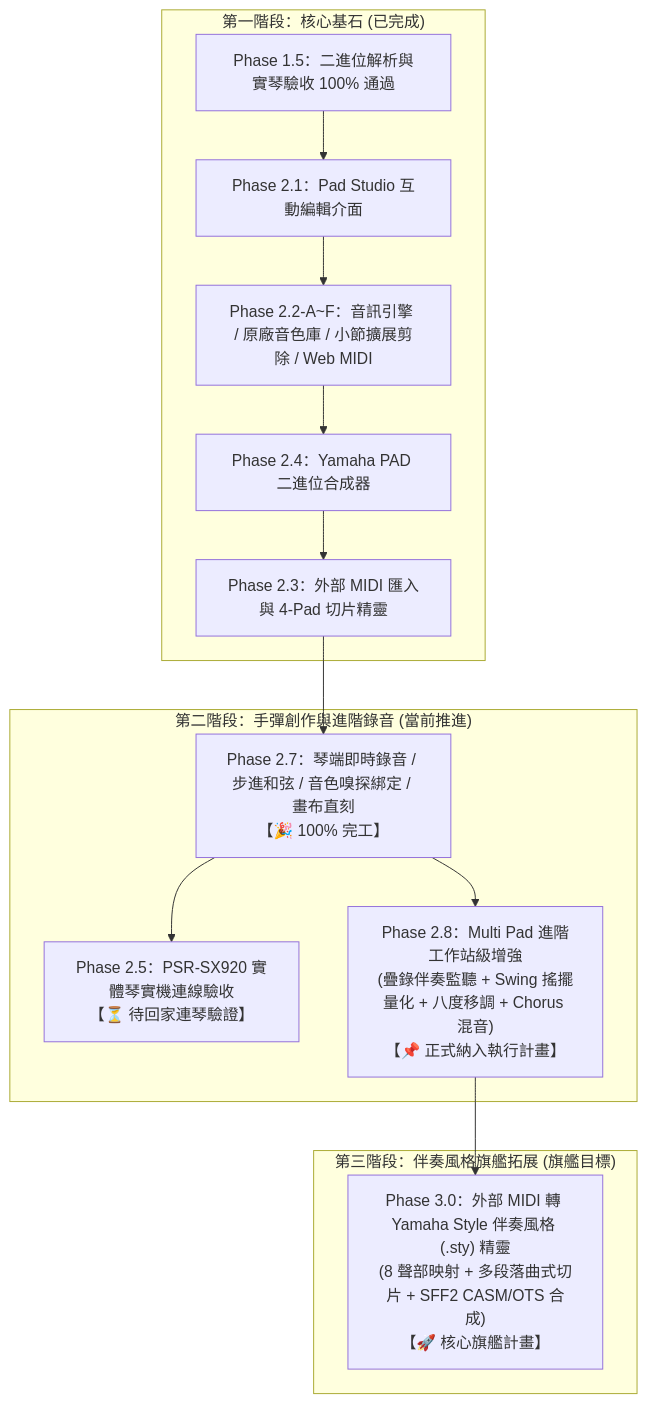
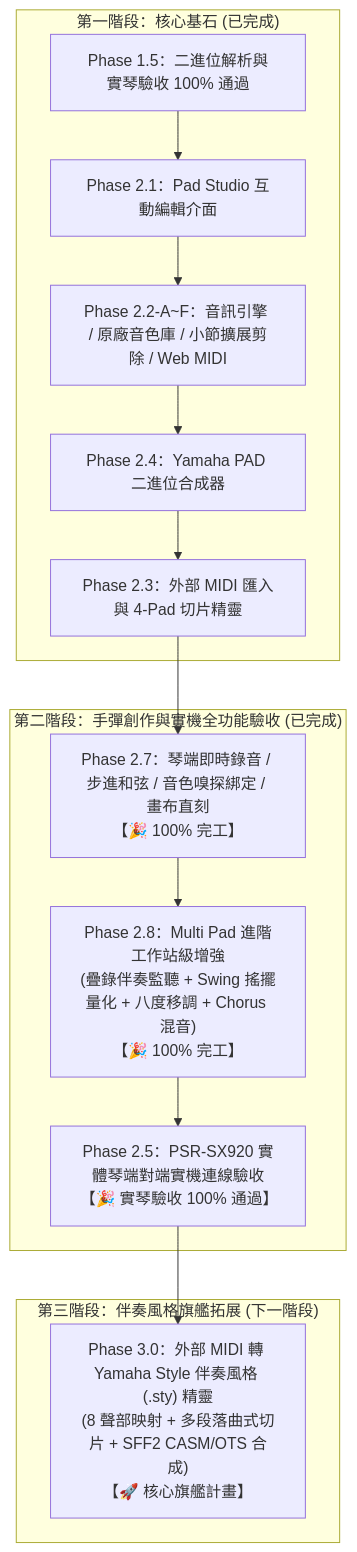
The diagram in PROJECT_PROGRESS_CHECKPOINT.md (CMChen59/Yamaha-Midi-Edit), drawn with Mermaid before and after one commit. The commit also changed other lines of this file and 2 other files, not shown here.

Commit message:
docs: record Phase 2.5 PSR-SX920 hardware verification 100% passed

````diff
--- a/PROJECT_PROGRESS_CHECKPOINT.md
+++ b/PROJECT_PROGRESS_CHECKPOINT.md
@@ -54,25 +57,25 @@
 ```mermaid
 flowchart TD
     subgraph S1 ["第一階段：核心基石 (已完成)"]
         Step15["Phase 1.5：二進位解析與實琴驗收 100% 通過"]
         Step21["Phase 2.1：Pad Studio 互動編輯介面"]
         Step22["Phase 2.2-A~F：音訊引擎 / 原廠音色庫 / 小節擴展剪除 / Web MIDI"]
         Step24["Phase 2.4：Yamaha PAD 二進位合成器"]
         Step23["Phase 2.3：外部 MIDI 匯入與 4-Pad 切片精靈"]
     end
 
-    subgraph S2 ["第二階段：手彈創作與進階錄音 (當前推進)"]
+    subgraph S2 ["第二階段：手彈創作與實機全功能驗收 (已完成)"]
         Step27["Phase 2.7：琴端即時錄音 / 步進和弦 / 音色嗅探綁定 / 畫布直刻\n【🎉 100% 完工】"]
-        Step25["Phase 2.5：PSR-SX920 實體琴實機連線驗收\n【⏳ 待回家連琴驗證】"]
-        Step28["Phase 2.8：Multi Pad 進階工作站級增強\n(疊錄伴奏監聽 + Swing 搖擺量化 + 八度移調 + Chorus 混音)\n【📌 正式納入執行計畫】"]
+        Step28["Phase 2.8：Multi Pad 進階工作站級增強\n(疊錄伴奏監聽 + Swing 搖擺量化 + 八度移調 + Chorus 混音)\n【🎉 100% 完工】"]
+        Step25["Phase 2.5：PSR-SX920 實體琴端對端實機連線驗收\n【🎉 實琴驗收 100% 通過】"]
     end
 
-    subgraph S3 ["第三階段：伴奏風格旗艦拓展 (旗艦目標)"]
+    subgraph S3 ["第三階段：伴奏風格旗艦拓展 (下一階段)"]
         Step30["Phase 3.0：外部 MIDI 轉 Yamaha Style 伴奏風格 (.sty) 精靈\n(8 聲部映射 + 多段落曲式切片 + SFF2 CASM/OTS 合成)\n【🚀 核心旗艦計畫】"]
     end
 
     Step15 --> Step21 --> Step22 --> Step24 --> Step23 --> Step27
-    Step27 --> Step25
     Step27 --> Step28
-    Step28 --> Step30
+    Step28 --> Step25
+    Step25 --> Step30
 ```
````
